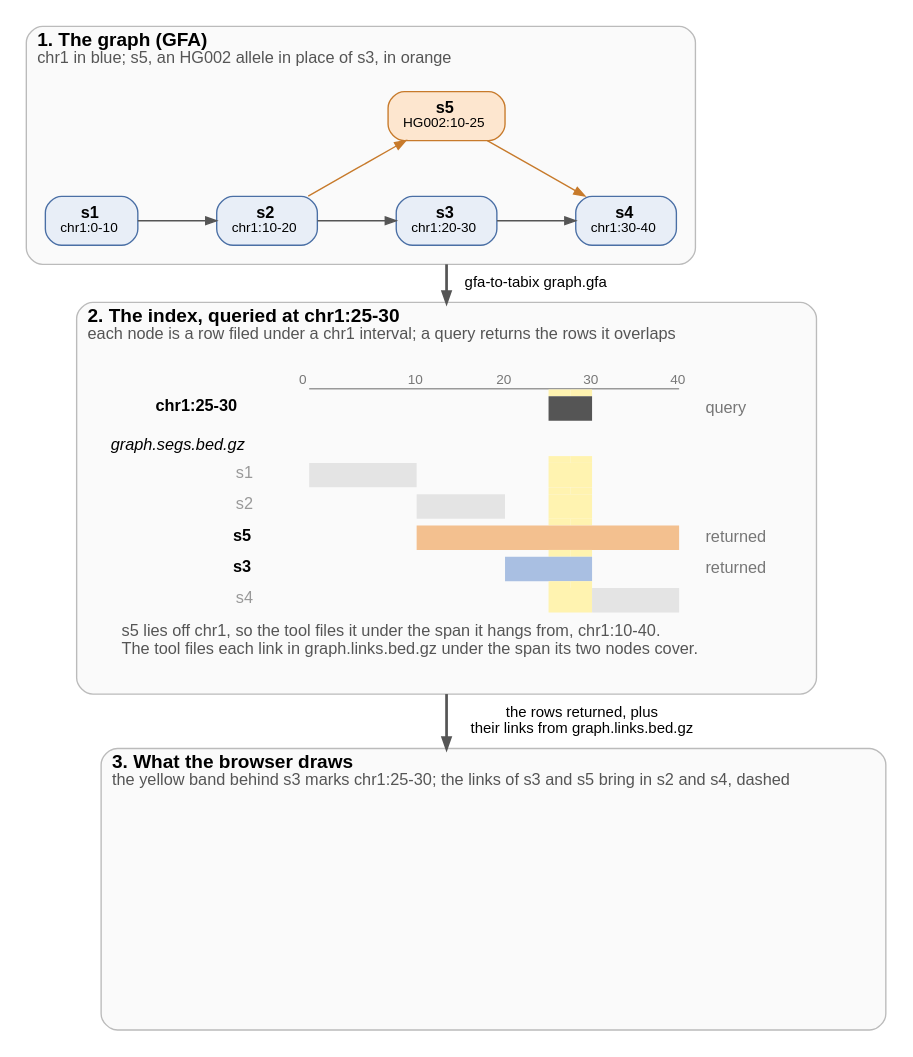
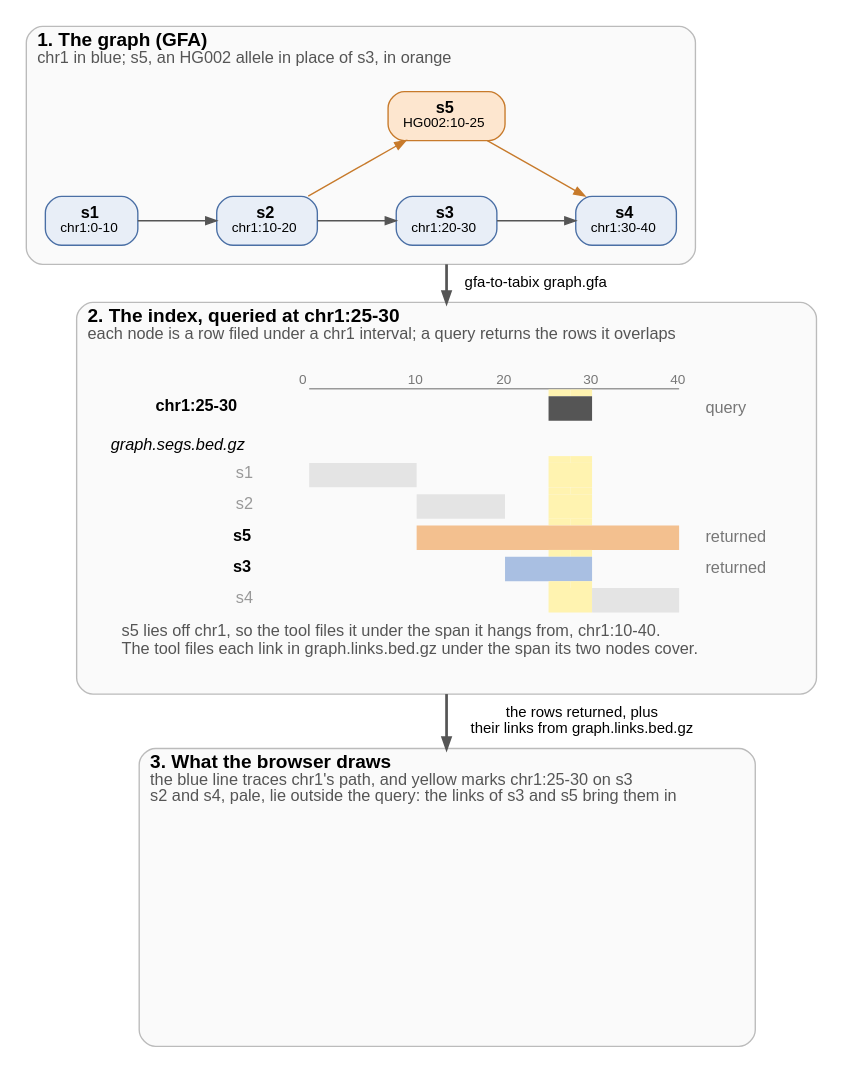
The diagram in docs/figures/overview.dot (GMOD/gfa-to-tabix), drawn with Graphviz before and after one commit. The commit also changed 4 other files, not shown here.

First line of the commit message:
Overview figures: trace chr1's path through the drawn nodes, drop the dashes

```diff
--- a/docs/figures/overview.dot
+++ b/docs/figures/overview.dot
@@ -1,73 +1,73 @@
 // scripts/figures.py fills the marked rows from the tool's output and draws this figure
 digraph overview {
   bgcolor="white"
   fontname="Helvetica"
   newrank=true
   compound=true
   nodesep=0.4
   ranksep=0.55
   node [fontname="Helvetica", fontsize=12, shape=box, style="filled,rounded", fillcolor="#e8eef7", color="#4a6fa5", margin="0.15,0.06"]
   edge [fontname="Helvetica", fontsize=11, color="#555555", arrowsize=0.8]
 
   subgraph {
     graph [labeljust=l, fontsize=14, color="#bbbbbb", style="rounded,filled", fillcolor="#fafafa", margin=14]
 
     subgraph cluster_graph {
       label=<<B>1. The graph (GFA)</B><BR ALIGN="LEFT"/><FONT POINT-SIZE="12" COLOR="#555555">chr1 in blue; s5, an HG002 allele in place of s3, in orange</FONT><BR ALIGN="LEFT"/>>
       // begin graph
       s1 [label=<<B>s1</B><BR/><FONT POINT-SIZE="10">chr1:0-10</FONT>>]
       s2 [label=<<B>s2</B><BR/><FONT POINT-SIZE="10">chr1:10-20</FONT>>]
       s3 [label=<<B>s3</B><BR/><FONT POINT-SIZE="10">chr1:20-30</FONT>>]
       s4 [label=<<B>s4</B><BR/><FONT POINT-SIZE="10">chr1:30-40</FONT>>]
       s5 [label=<<B>s5</B><BR/><FONT POINT-SIZE="10">HG002:10-25</FONT>>, fillcolor="#fde6cf", color="#c77a2b"]
       {rank=same; s1; s2; s3; s4}
       s1 -> s2 [weight=20]
       s2 -> s3 [weight=20]
       s2 -> s5 [color="#c77a2b", constraint=false]
       s3 -> s4 [weight=20]
       s5 -> s4 [color="#c77a2b", constraint=false]
       s5 -> s3 [style=invis, weight=20]
       // end graph
     }
 
     subgraph cluster_query {
       label=<<B>2. The index, queried at chr1:25-30</B><BR ALIGN="LEFT"/><FONT POINT-SIZE="12" COLOR="#555555">each node is a row filed under a chr1 interval; a query returns the rows it overlaps</FONT><BR ALIGN="LEFT"/>>
       hits [shape=plaintext, style="", label=<
         <TABLE BORDER="0" CELLBORDER="0" CELLSPACING="0" CELLPADDING="0">
           <!-- begin lanes -->
           <TR><TD></TD><TD WIDTH="16"></TD><TD WIDTH="16"></TD><TD WIDTH="16"></TD><TD WIDTH="16"></TD><TD WIDTH="16"></TD><TD WIDTH="16"></TD><TD WIDTH="16"></TD><TD WIDTH="16"></TD><TD WIDTH="16"></TD><TD WIDTH="16"></TD><TD WIDTH="16"></TD><TD WIDTH="16"></TD><TD WIDTH="16"></TD><TD WIDTH="16"></TD><TD WIDTH="16"></TD><TD WIDTH="16"></TD><TD WIDTH="16"></TD><TD WIDTH="16"></TD><TD></TD></TR>
           <TR><TD></TD><TD COLSPAN="2"><FONT POINT-SIZE="10" COLOR="#777777">0</FONT></TD><TD COLSPAN="2"></TD><TD COLSPAN="2"><FONT POINT-SIZE="10" COLOR="#777777">10</FONT></TD><TD COLSPAN="2"></TD><TD COLSPAN="2"><FONT POINT-SIZE="10" COLOR="#777777">20</FONT></TD><TD COLSPAN="2"></TD><TD COLSPAN="2"><FONT POINT-SIZE="10" COLOR="#777777">30</FONT></TD><TD COLSPAN="2"></TD><TD COLSPAN="2"><FONT POINT-SIZE="10" COLOR="#777777">40</FONT></TD><TD></TD></TR>
           <TR><TD HEIGHT="1"></TD><TD></TD><TD COLSPAN="16" BGCOLOR="#999999"></TD><TD></TD><TD></TD></TR>
           <TR><TD HEIGHT="5"></TD><TD></TD><TD></TD><TD></TD><TD></TD><TD></TD><TD></TD><TD></TD><TD></TD><TD></TD><TD></TD><TD></TD><TD BGCOLOR="#fff3b0"></TD><TD BGCOLOR="#fff3b0"></TD><TD></TD><TD></TD><TD></TD><TD></TD><TD></TD><TD></TD></TR>
           <TR><TD ALIGN="RIGHT" HEIGHT="18"><B>chr1:25-30</B>  </TD><TD></TD><TD COLSPAN="10"></TD><TD COLSPAN="2" BGCOLOR="#555555"></TD><TD COLSPAN="4"></TD><TD></TD><TD ALIGN="LEFT"><FONT POINT-SIZE="12" COLOR="#777777">  query</FONT></TD></TR>
           <TR><TD COLSPAN="20" ALIGN="LEFT" HEIGHT="26" VALIGN="BOTTOM"><I>graph.segs.bed.gz</I></TD></TR>
           <TR><TD HEIGHT="5"></TD><TD></TD><TD></TD><TD></TD><TD></TD><TD></TD><TD></TD><TD></TD><TD></TD><TD></TD><TD></TD><TD></TD><TD BGCOLOR="#fff3b0"></TD><TD BGCOLOR="#fff3b0"></TD><TD></TD><TD></TD><TD></TD><TD></TD><TD></TD><TD></TD></TR>
           <TR><TD ALIGN="RIGHT" HEIGHT="18"><FONT COLOR="#999999">s1</FONT>  </TD><TD></TD><TD COLSPAN="4" BGCOLOR="#e4e4e4"></TD><TD COLSPAN="6"></TD><TD COLSPAN="2" BGCOLOR="#fff3b0"></TD><TD COLSPAN="4"></TD><TD></TD><TD ALIGN="LEFT"></TD></TR>
           <TR><TD HEIGHT="5"></TD><TD></TD><TD></TD><TD></TD><TD></TD><TD></TD><TD></TD><TD></TD><TD></TD><TD></TD><TD></TD><TD></TD><TD BGCOLOR="#fff3b0"></TD><TD BGCOLOR="#fff3b0"></TD><TD></TD><TD></TD><TD></TD><TD></TD><TD></TD><TD></TD></TR>
           <TR><TD ALIGN="RIGHT" HEIGHT="18"><FONT COLOR="#999999">s2</FONT>  </TD><TD></TD><TD COLSPAN="4"></TD><TD COLSPAN="4" BGCOLOR="#e4e4e4"></TD><TD COLSPAN="2"></TD><TD COLSPAN="2" BGCOLOR="#fff3b0"></TD><TD COLSPAN="4"></TD><TD></TD><TD ALIGN="LEFT"></TD></TR>
           <TR><TD HEIGHT="5"></TD><TD></TD><TD></TD><TD></TD><TD></TD><TD></TD><TD></TD><TD></TD><TD></TD><TD></TD><TD></TD><TD></TD><TD BGCOLOR="#fff3b0"></TD><TD BGCOLOR="#fff3b0"></TD><TD></TD><TD></TD><TD></TD><TD></TD><TD></TD><TD></TD></TR>
           <TR><TD ALIGN="RIGHT" HEIGHT="18"><B>s5</B>  </TD><TD></TD><TD COLSPAN="4"></TD><TD COLSPAN="12" BGCOLOR="#f3c08f"></TD><TD></TD><TD ALIGN="LEFT"><FONT POINT-SIZE="12" COLOR="#777777">  returned</FONT></TD></TR>
           <TR><TD HEIGHT="5"></TD><TD></TD><TD></TD><TD></TD><TD></TD><TD></TD><TD></TD><TD></TD><TD></TD><TD></TD><TD></TD><TD></TD><TD BGCOLOR="#fff3b0"></TD><TD BGCOLOR="#fff3b0"></TD><TD></TD><TD></TD><TD></TD><TD></TD><TD></TD><TD></TD></TR>
           <TR><TD ALIGN="RIGHT" HEIGHT="18"><B>s3</B>  </TD><TD></TD><TD COLSPAN="8"></TD><TD COLSPAN="4" BGCOLOR="#a9bfe2"></TD><TD COLSPAN="4"></TD><TD></TD><TD ALIGN="LEFT"><FONT POINT-SIZE="12" COLOR="#777777">  returned</FONT></TD></TR>
           <TR><TD HEIGHT="5"></TD><TD></TD><TD></TD><TD></TD><TD></TD><TD></TD><TD></TD><TD></TD><TD></TD><TD></TD><TD></TD><TD></TD><TD BGCOLOR="#fff3b0"></TD><TD BGCOLOR="#fff3b0"></TD><TD></TD><TD></TD><TD></TD><TD></TD><TD></TD><TD></TD></TR>
           <TR><TD ALIGN="RIGHT" HEIGHT="18"><FONT COLOR="#999999">s4</FONT>  </TD><TD></TD><TD COLSPAN="10"></TD><TD COLSPAN="2" BGCOLOR="#fff3b0"></TD><TD COLSPAN="4" BGCOLOR="#e4e4e4"></TD><TD></TD><TD ALIGN="LEFT"></TD></TR>
           <!-- end lanes -->
           <!-- begin caption -->
           <TR><TD BORDER="0" CELLPADDING="8" COLSPAN="20" ALIGN="LEFT" BALIGN="LEFT"><FONT POINT-SIZE="12" COLOR="#555555">s5 lies off chr1, so the tool files it under the span it hangs from, chr1:10-40.<BR/>The tool files each link in graph.links.bed.gz under the span its two nodes cover.</FONT></TD></TR>
           <!-- end caption -->
         </TABLE>>]
     }
 
     subgraph cluster_drawn {
-      label=<<B>3. What the browser draws</B><BR ALIGN="LEFT"/><FONT POINT-SIZE="12" COLOR="#555555">the yellow band behind s3 marks chr1:25-30; the links of s3 and s5 bring in s2 and s4, dashed</FONT><BR ALIGN="LEFT"/>>
+      label=<<B>3. What the browser draws</B><BR ALIGN="LEFT"/><FONT POINT-SIZE="12" COLOR="#555555">the blue line traces chr1's path, and yellow marks chr1:25-30 on s3<BR ALIGN="LEFT"/>s2 and s4, pale, lie outside the query: the links of s3 and s5 bring them in</FONT><BR ALIGN="LEFT"/>>
       // begin drawn
       drawn [shape=box, style="", color=transparent, label="", fixedsize=true, width=5.29, height=2.02]
       // end drawn
     }
   }
 
   // begin arrows
   s3 -> hits [ltail=cluster_graph, lhead=cluster_query, label="  gfa-to-tabix graph.gfa", penwidth=2]
   hits -> drawn [ltail=cluster_query, lhead=cluster_drawn, label="  the rows returned, plus\n  their links from graph.links.bed.gz", penwidth=2]
   // end arrows
 }
```
